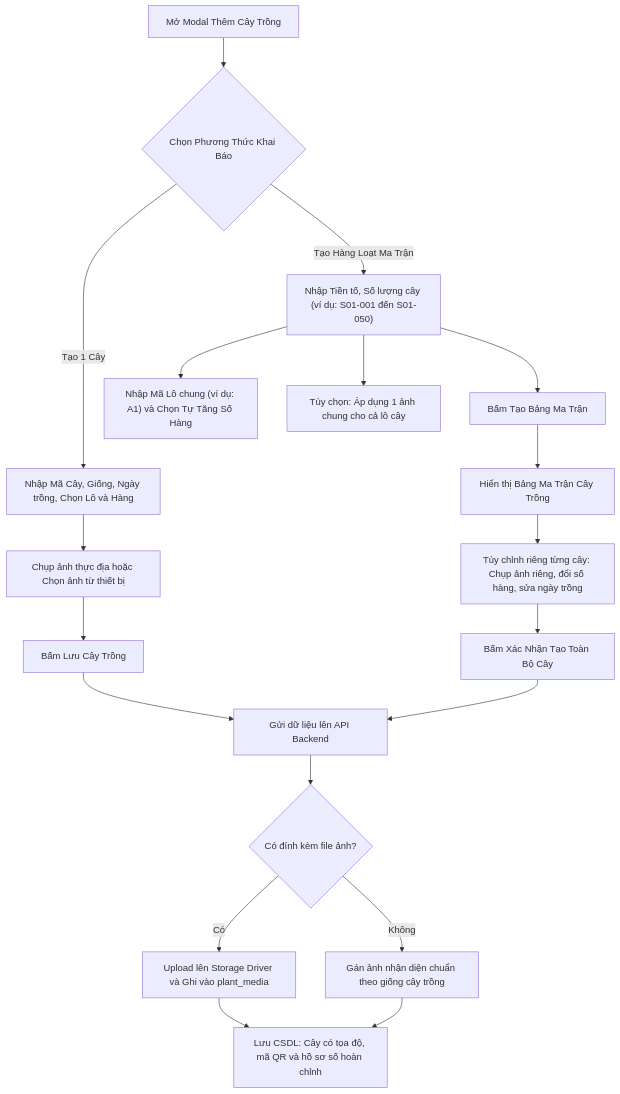
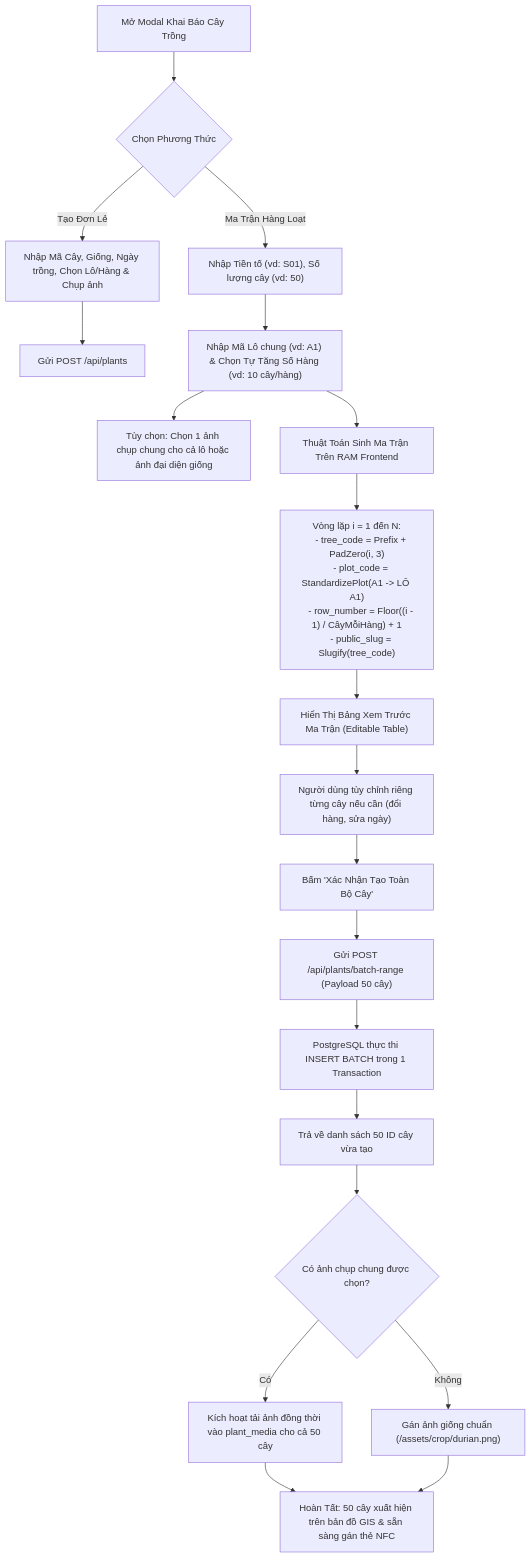
Before and after one commit to Phuc0901-pp/plant-book: the fifth of 8 diagrams in README.md, drawn with Mermaid. The commit also changed other lines of this file, not shown here.

Commit message:
docs(readme): update comprehensive enterprise system documentation with architecture, flowcharts, ERD, and SOPs

````diff
--- a/README.md
+++ b/README.md
@@ -235,29 +302,33 @@
 ```mermaid
 flowchart TD
-    Step1["Mở Modal Thêm Cây Trồng"] --> ModeSelect{"Chọn Phương Thức Khai Báo"}
+    Open["Mở Modal Khai Báo Cây Trồng"] --> SelectMode{"Chọn Phương Thức"}
     
-    %% Khai báo đơn lẻ
-    ModeSelect -->|"Tạo 1 Cây"| SingleForm["Nhập Mã Cây, Giống, Ngày trồng, Chọn Lô và Hàng"]
-    SingleForm --> SinglePhoto["Chụp ảnh thực địa hoặc Chọn ảnh từ thiết bị"]
-    SinglePhoto --> SingleSubmit["Bấm Lưu Cây Trồng"]
+    SelectMode -->|"Tạo Đơn Lẻ"| Single["Nhập Mã Cây, Giống, Ngày trồng, Chọn Lô/Hàng & Chụp ảnh"]
+    Single --> SubmitSingle["Gửi POST /api/plants"]
     
-    %% Khai báo Ma trận hàng loạt
-    ModeSelect -->|"Tạo Hàng Loạt Ma Trận"| MatrixConfig["Nhập Tiền tố, Số lượng cây (ví dụ: S01-001 đến S01-050)"]
-    MatrixConfig --> MatrixPlot["Nhập Mã Lô chung (ví dụ: A1) và Chọn Tự Tăng Số Hàng"]
-    MatrixConfig --> MatrixBulkPhoto["Tùy chọn: Áp dụng 1 ảnh chung cho cả lô cây"]
-    MatrixConfig --> MatrixGenerate["Bấm Tạo Bảng Ma Trận"]
+    SelectMode -->|"Ma Trận Hàng Loạt"| MatrixInput["Nhập Tiền tố (vd: S01), Số lượng cây (vd: 50)"]
+    MatrixInput --> PlotInput["Nhập Mã Lô chung (vd: A1) & Chọn Tự Tăng Số Hàng (vd: 10 cây/hàng)"]
+    PlotInput --> BulkImgOption["Tùy chọn: Chọn 1 ảnh chụp chung cho cả lô hoặc ảnh đại diện giống"]
     
-    MatrixGenerate --> MatrixTable["Hiển thị Bảng Ma Trận Cây Trồng"]
-    MatrixTable --> RowEdit["Tùy chỉnh riêng từng cây: Chụp ảnh riêng, đổi số hàng, sửa ngày trồng"]
-    RowEdit --> MatrixSubmit["Bấm Xác Nhận Tạo Toàn Bộ Cây"]
+    PlotInput --> GenerateLoop["Thuật Toán Sinh Ma Trận Trên RAM Frontend"]
+    GenerateLoop --> LoopCalc["Vòng lặp i = 1 đến N:
+    - tree_code = Prefix + PadZero(i, 3)
+    - plot_code = StandardizePlot(A1 -> LÔ A1)
+    - row_number = Floor((i - 1) / CâyMỗiHàng) + 1
+    - public_slug = Slugify(tree_code)"]
     
-    SingleSubmit --> APICall["Gửi dữ liệu lên API Backend"]
-    MatrixSubmit --> APICall
+    LoopCalc --> RenderTable["Hiển Thị Bảng Xem Trước Ma Trận (Editable Table)"]
+    RenderTable --> UserAdjust["Người dùng tùy chỉnh riêng từng cây nếu cần (đổi hàng, sửa ngày)"]
+    UserAdjust --> SubmitMatrix["Bấm 'Xác Nhận Tạo Toàn Bộ Cây'"]
     
-    APICall --> CloudUpload{"Có đính kèm file ảnh?"}
-    CloudUpload -->|"Có"| SaveMedia["Upload lên Storage Driver và Ghi vào plant_media"]
-    CloudUpload -->|"Không"| FallbackCrop["Gán ảnh nhận diện chuẩn theo giống cây trồng"]
+    SubmitMatrix --> APICall["Gửi POST /api/plants/batch-range (Payload 50 cây)"]
+    APICall --> DBInsert["PostgreSQL thực thi INSERT BATCH trong 1 Transaction"]
+    DBInsert --> ReturnIDs["Trả về danh sách 50 ID cây vừa tạo"]
     
-    SaveMedia --> FinishRegistry["Lưu CSDL: Cây có tọa độ, mã QR và hồ sơ số hoàn chỉnh"]
-    FallbackCrop --> FinishRegistry
+    ReturnIDs --> UploadParalell{"Có ảnh chụp chung được chọn?"}
+    UploadParalell -->|"Có"| ConcurrentUpload["Kích hoạt tải ảnh đồng thời vào plant_media cho cả 50 cây"]
+    UploadParalell -->|"Không"| FallbackAsset["Gán ảnh giống chuẩn (/assets/crop/durian.png)"]
+    
+    ConcurrentUpload --> Complete["Hoàn Tất: 50 cây xuất hiện trên bản đồ GIS & sẵn sàng gán thẻ NFC"]
+    FallbackAsset --> Complete
 ```
````
